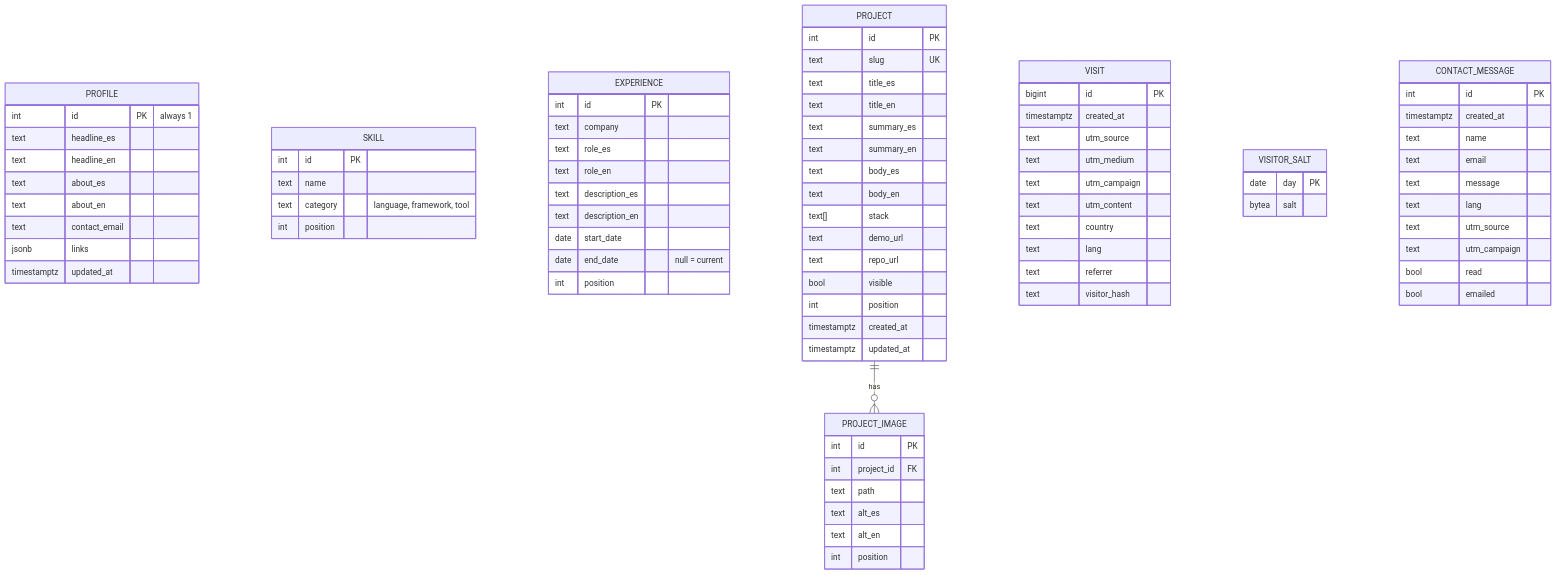
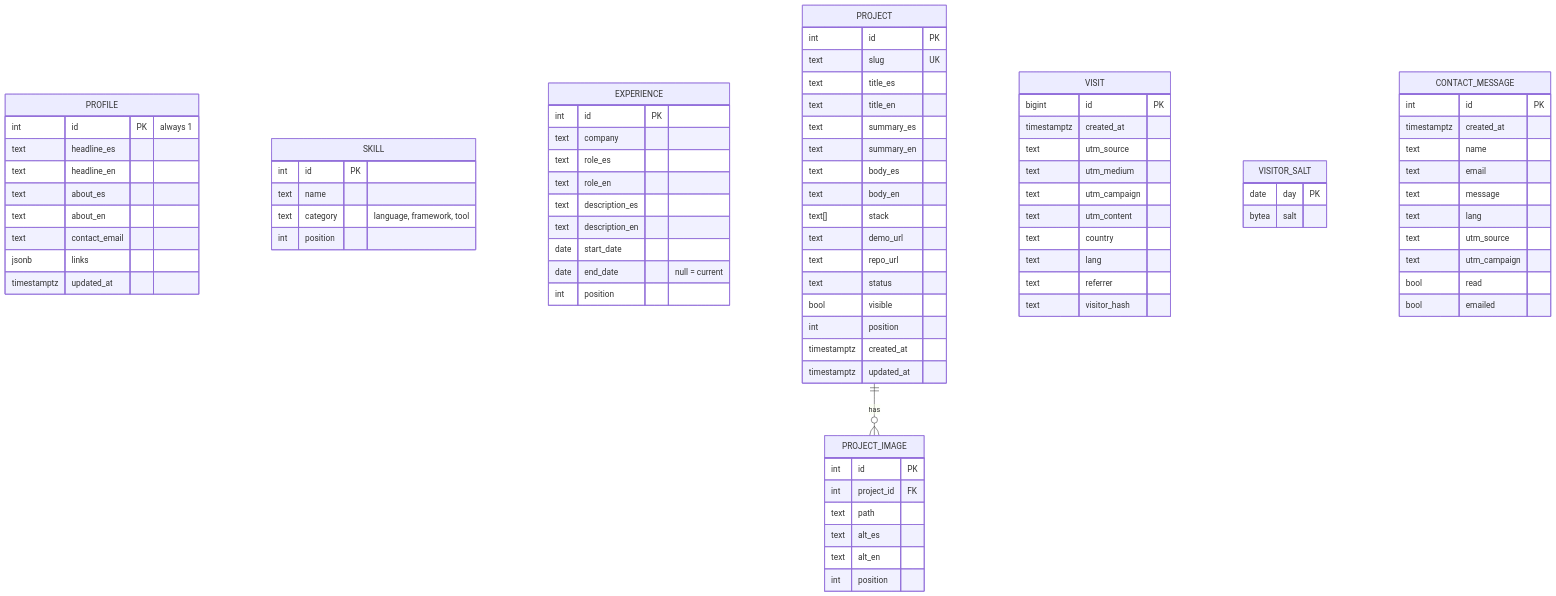
Before and after one commit to GearXnico/Portafolio-Page: the second of 3 diagrams in docs/architecture.md, drawn with Mermaid. The commit also changed 21 other files, not shown here.

```diff
--- a/docs/architecture.md
+++ b/docs/architecture.md
@@ -89,6 +89,7 @@
         text[] stack
         text demo_url
         text repo_url
+        text status
         bool visible
         int position
         timestamptz created_at
```
